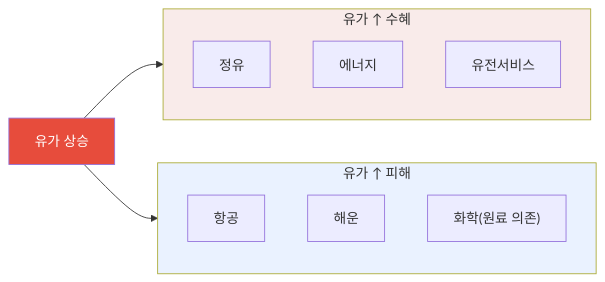
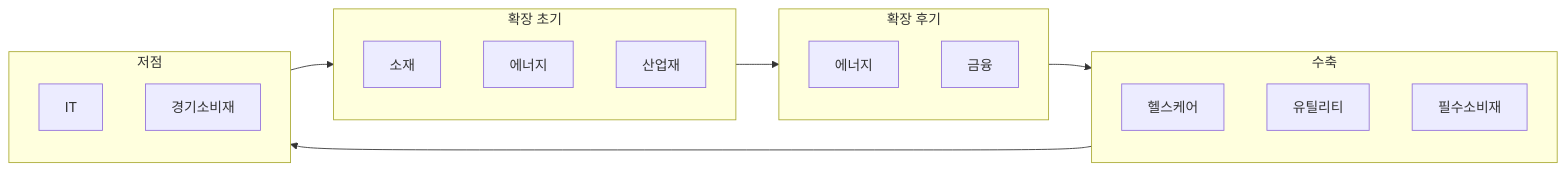
The second of 12 diagrams in docs/03.md (edumgt/python-quant), drawn with Mermaid before and after one commit. The commit also changed other lines of this file and 36 other files, not shown here.

````diff
--- a/docs/03.md
+++ b/docs/03.md
@@ -234,20 +136,21 @@
 ```mermaid
 flowchart LR
-    subgraph UP["유가 ↑ 수혜"]
-        U1["정유"]
-        U2["에너지"]
-        U3["유전서비스"]
+    subgraph EX_E["확장 초기"]
+        direction TB
+        E1["소재"] & E2["에너지"] & E3["산업재"]
     end
-    subgraph DOWN["유가 ↑ 피해"]
-        D1["항공"]
-        D2["해운"]
-        D3["화학(원료 의존)"]
+    subgraph EX_L["확장 후기"]
+        direction TB
+        L1["에너지"] & L2["금융"]
+    end
+    subgraph CON["수축"]
+        direction TB
+        C1["헬스케어"] & C2["유틸리티"] & C3["필수소비재"]
+    end
+    subgraph TRO["저점"]
+        direction TB
+        T1["IT"] & T2["경기소비재"]
     end
 
-    OIL_UP["유가 상승"] --> UP
-    OIL_UP --> DOWN
-
-    style OIL_UP fill:#e74c3c,color:#fff
-    style UP fill:#f9ebea
-    style DOWN fill:#eaf2ff
+    EX_E --> EX_L --> CON --> TRO --> EX_E
 ```
````
